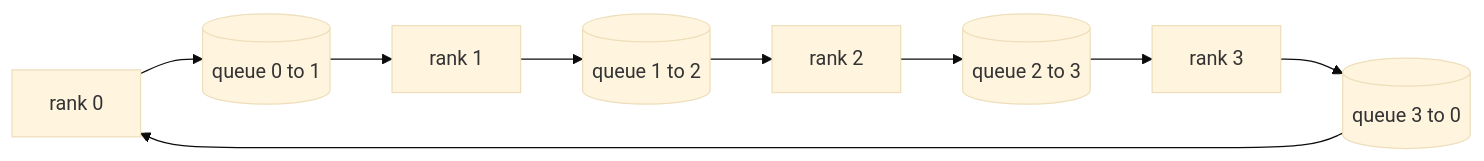
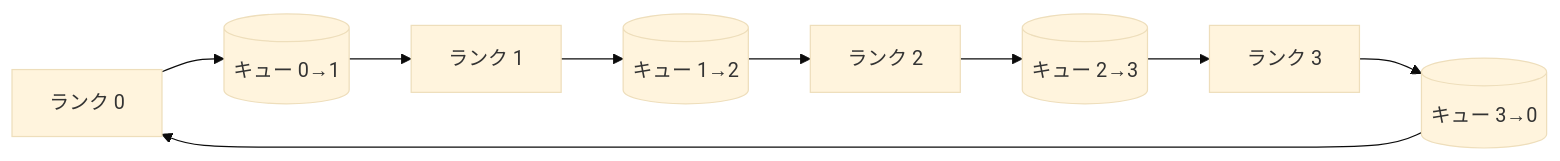
One commit to shoshoshomen/synapse-academy changed the diagram in content/phases/19-capstone-projects/76-collective-ops-from-scratch/lesson.ja.md. Above: the diagram before and after it, drawn with Mermaid (base theme). The commit also changed 124 other files, not shown here.

First line of the commit message:
feat(i18n): mermaid図のラベルを日本語化(194レッスン/374図)

````diff
--- a/content/phases/19-capstone-projects/76-collective-ops-from-scratch/lesson.ja.md
+++ b/content/phases/19-capstone-projects/76-collective-ops-from-scratch/lesson.ja.md
@@ -21,11 +21,11 @@
 ```mermaid
 flowchart LR
-  R0[rank 0] --> Q01[(queue 0 to 1)]
-  Q01 --> R1[rank 1]
-  R1 --> Q12[(queue 1 to 2)]
-  Q12 --> R2[rank 2]
-  R2 --> Q23[(queue 2 to 3)]
-  Q23 --> R3[rank 3]
-  R3 --> Q30[(queue 3 to 0)]
+  R0["ランク 0"] --> Q01[("キュー 0→1")]
+  Q01 --> R1["ランク 1"]
+  R1 --> Q12[("キュー 1→2")]
+  Q12 --> R2["ランク 2"]
+  R2 --> Q23[("キュー 2→3")]
+  Q23 --> R3["ランク 3"]
+  R3 --> Q30[("キュー 3→0")]
   Q30 --> R0
 ```
````
